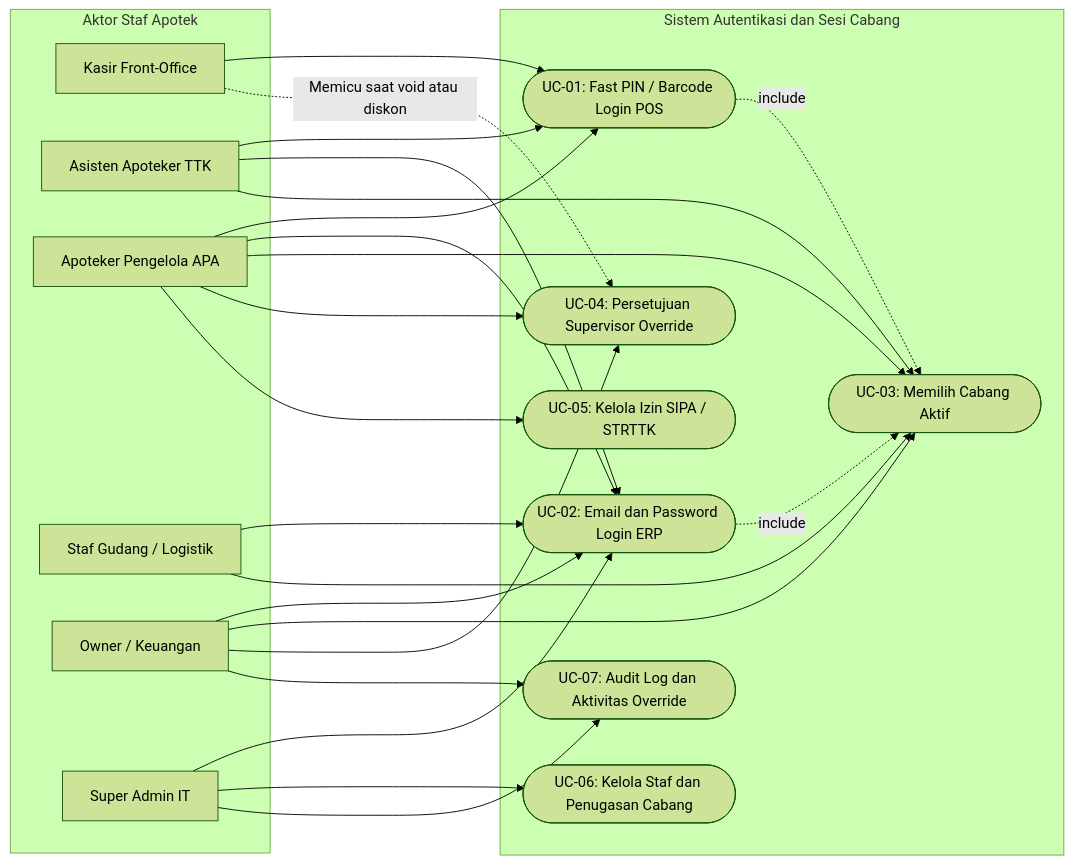
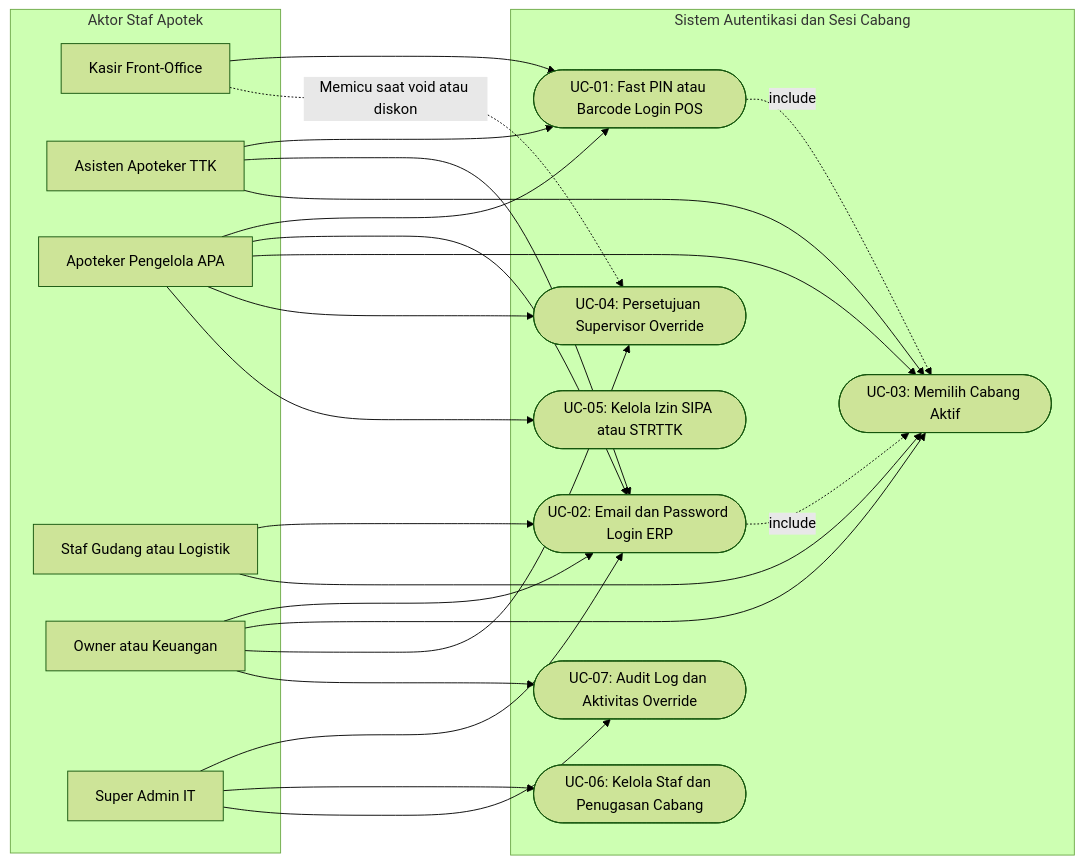
Before and after one commit to bagusyanuar/pharmacy-docs: the first of 9 diagrams in technical/diagrams/01-diagrams-auth-dan-cabang.md, drawn with Mermaid (forest theme). The commit also changed other lines of this file, not shown here.

Commit message:
fix(diagrams): resolve GitHub Mermaid parser error in flowcharts 3.1 and 3.3

````diff
--- a/technical/diagrams/01-diagrams-auth-dan-cabang.md
+++ b/technical/diagrams/01-diagrams-auth-dan-cabang.md
@@ -22,49 +22,49 @@
 ```mermaid
 flowchart LR
     subgraph ACTORS [Aktor Staf Apotek]
         Kasir[Kasir Front-Office]
         TTK[Asisten Apoteker TTK]
         APA[Apoteker Pengelola APA]
-        Gudang[Staf Gudang / Logistik]
-        Owner[Owner / Keuangan]
-        SuperAdmin[Super Admin IT]
+        Gudang["Staf Gudang atau Logistik"]
+        Owner["Owner atau Keuangan"]
+        SuperAdmin["Super Admin IT"]
     end
 
     subgraph SYSTEM [Sistem Autentikasi dan Sesi Cabang]
-        UC_FastLogin([UC-01: Fast PIN / Barcode Login POS])
-        UC_WebLogin([UC-02: Email dan Password Login ERP])
-        UC_BranchSelect([UC-03: Memilih Cabang Aktif])
-        UC_SupervisorOverride([UC-04: Persetujuan Supervisor Override])
-        UC_ManageLicense([UC-05: Kelola Izin SIPA / STRTTK])
-        UC_ManageStaff([UC-06: Kelola Staf dan Penugasan Cabang])
-        UC_AuditAuth([UC-07: Audit Log dan Aktivitas Override])
+        UC_FastLogin(["UC-01: Fast PIN atau Barcode Login POS"])
+        UC_WebLogin(["UC-02: Email dan Password Login ERP"])
+        UC_BranchSelect(["UC-03: Memilih Cabang Aktif"])
+        UC_SupervisorOverride(["UC-04: Persetujuan Supervisor Override"])
+        UC_ManageLicense(["UC-05: Kelola Izin SIPA atau STRTTK"])
+        UC_ManageStaff(["UC-06: Kelola Staf dan Penugasan Cabang"])
+        UC_AuditAuth(["UC-07: Audit Log dan Aktivitas Override"])
     end
 
     Kasir --> UC_FastLogin
     Kasir -.->|Memicu saat void atau diskon| UC_SupervisorOverride
 
     TTK --> UC_FastLogin
     TTK --> UC_WebLogin
     TTK --> UC_BranchSelect
 
     APA --> UC_FastLogin
     APA --> UC_WebLogin
     APA --> UC_BranchSelect
     APA --> UC_SupervisorOverride
     APA --> UC_ManageLicense
 
     Gudang --> UC_WebLogin
     Gudang --> UC_BranchSelect
 
     Owner --> UC_WebLogin
     Owner --> UC_BranchSelect
     Owner --> UC_SupervisorOverride
     Owner --> UC_AuditAuth
 
     SuperAdmin --> UC_WebLogin
     SuperAdmin --> UC_ManageStaff
     SuperAdmin --> UC_AuditAuth
 
     UC_FastLogin -.->|include| UC_BranchSelect
     UC_WebLogin -.->|include| UC_BranchSelect
 ```
````
